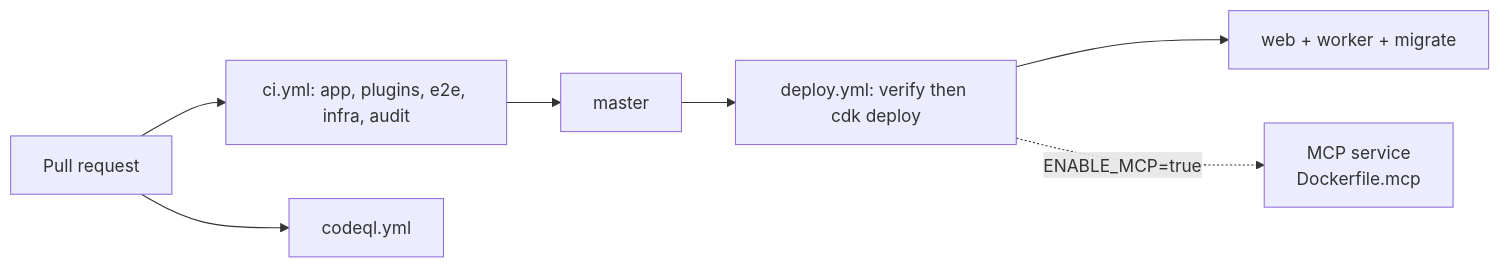
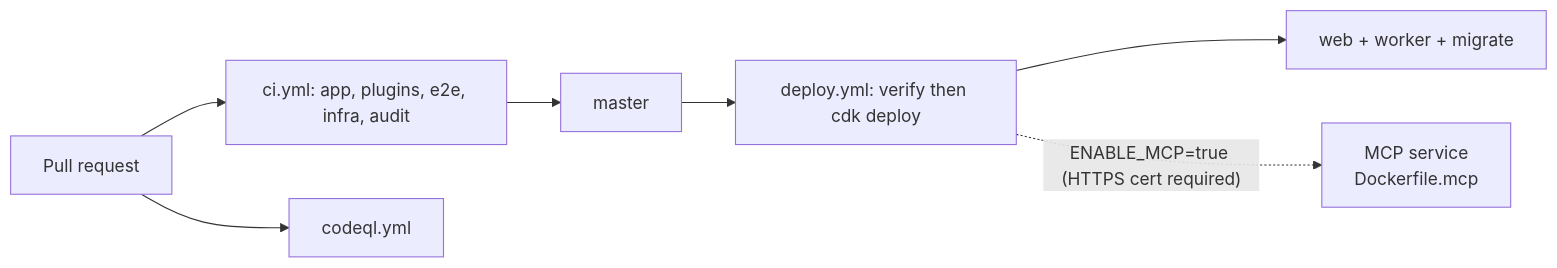
Before and after one commit to jckail/point_bot: the fourth of 4 diagrams in docs/architecture.md, drawn with Mermaid. The commit also changed other lines of this file and 55 other files, not shown here.

````diff
--- a/docs/architecture.md
+++ b/docs/architecture.md
@@ -218,9 +218,9 @@
 ```mermaid
 flowchart LR
     PR[Pull request] --> CI[ci.yml: app, plugins, e2e, infra, audit]
     PR --> CQ[codeql.yml]
     CI --> M[master]
     M --> D[deploy.yml: verify then cdk deploy]
     D --> W[web + worker + migrate]
-    D -.ENABLE_MCP=true.-> MS[MCP service<br/>Dockerfile.mcp]
+    D -.ENABLE_MCP=true (HTTPS cert required).-> MS[MCP service<br/>Dockerfile.mcp]
 ```
````
